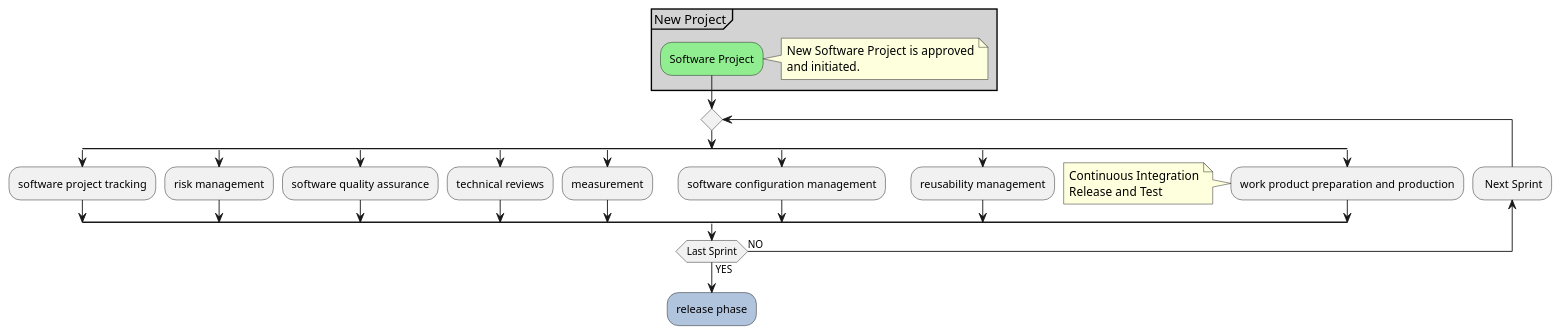
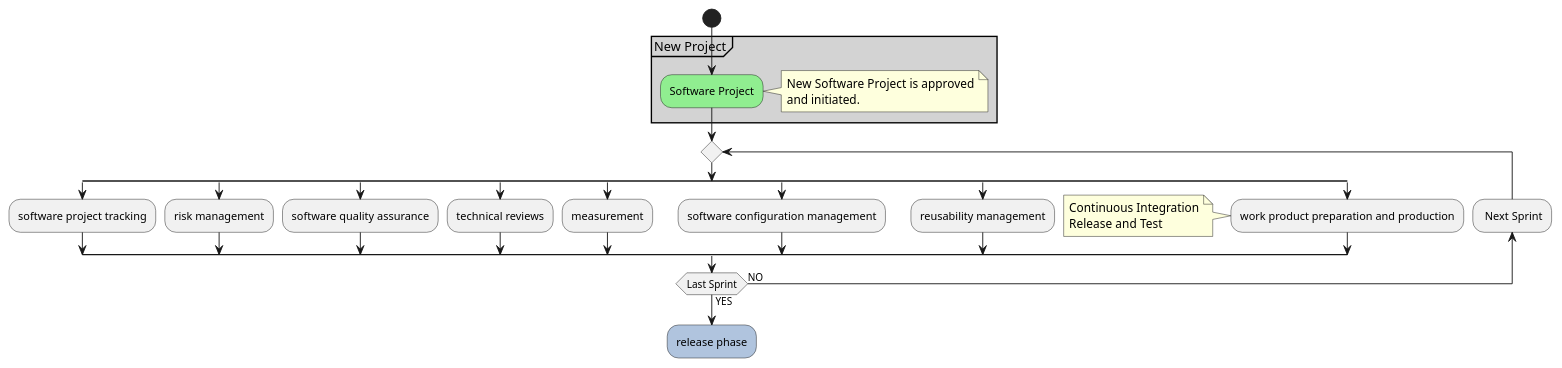
Before and after one commit to KPZNet/CSC505: the first of 23 diagrams in M1/Umbrella.puml, drawn with PlantUML.

```diff
--- a/M1/Umbrella.puml
+++ b/M1/Umbrella.puml
@@ -2,36 +2,40 @@
 @startuml UmbrellaActivities
+
+start
 partition #LightGrey "New Project" {
 #LightGreen:Software Project;
 note right
     New Software Project is approved
     and initiated.
 end note
 }
 repeat
 
 split
   :software project tracking;
 split again
   :risk management;
 split again
   :software quality assurance;
+
 split again
   :technical reviews;
 split again
   :measurement;
 split again
   :software configuration management;
 split again
   :reusability management;
 split again
   :work product preparation and production;
 note
   Continuous Integration
   Release and Test
 end note
 end split;
 backward : Next Sprint;
 repeatwhile (Last Sprint) is (NO) not (YES)
+
 #LightSteelBlue:release phase;
 
 @enduml
```
